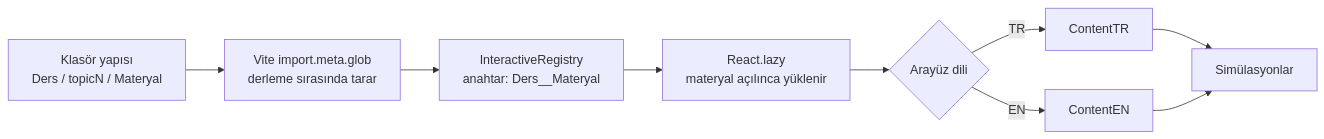
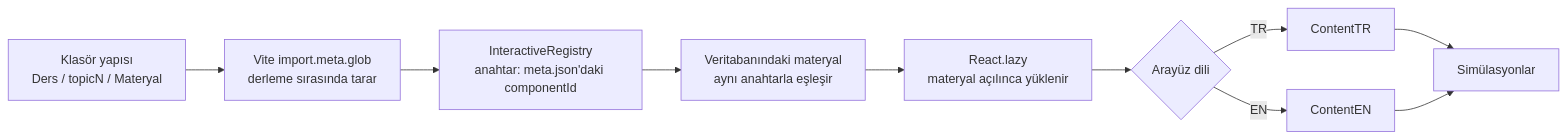
Before and after one commit to ErcanPasha/cehub-showcase: the fifth of 15 diagrams in README.md, drawn with Mermaid. The commit also changed other lines of this file and 6 other files, not shown here.

````diff
--- a/README.md
+++ b/README.md
@@ -116,11 +171,12 @@
 ```mermaid
 flowchart LR
     A["Klasör yapısı<br/>Ders / topicN / Materyal"] --> B["Vite import.meta.glob<br/>derleme sırasında tarar"]
-    B --> C["InteractiveRegistry<br/>anahtar: Ders__Materyal"]
-    C --> D["React.lazy<br/>materyal açılınca yüklenir"]
-    D --> E{"Arayüz dili"}
-    E -->|"TR"| F["ContentTR"]
-    E -->|"EN"| G["ContentEN"]
-    F --> H["Simülasyonlar"]
-    G --> H
+    B --> C["InteractiveRegistry<br/>anahtar: meta.json'daki componentId"]
+    C --> D["Veritabanındaki materyal<br/>aynı anahtarla eşleşir"]
+    D --> E["React.lazy<br/>materyal açılınca yüklenir"]
+    E --> F{"Arayüz dili"}
+    F -->|"TR"| G["ContentTR"]
+    F -->|"EN"| H["ContentEN"]
+    G --> I["Simülasyonlar"]
+    H --> I
 ```
````
